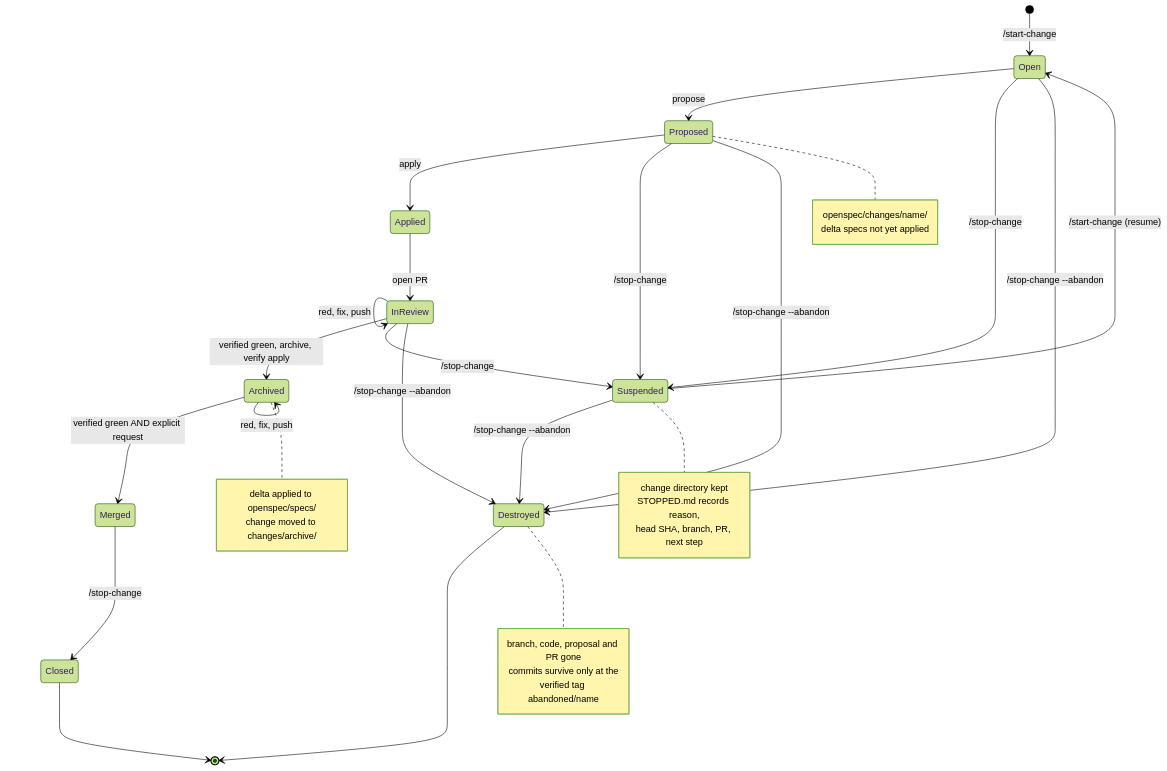
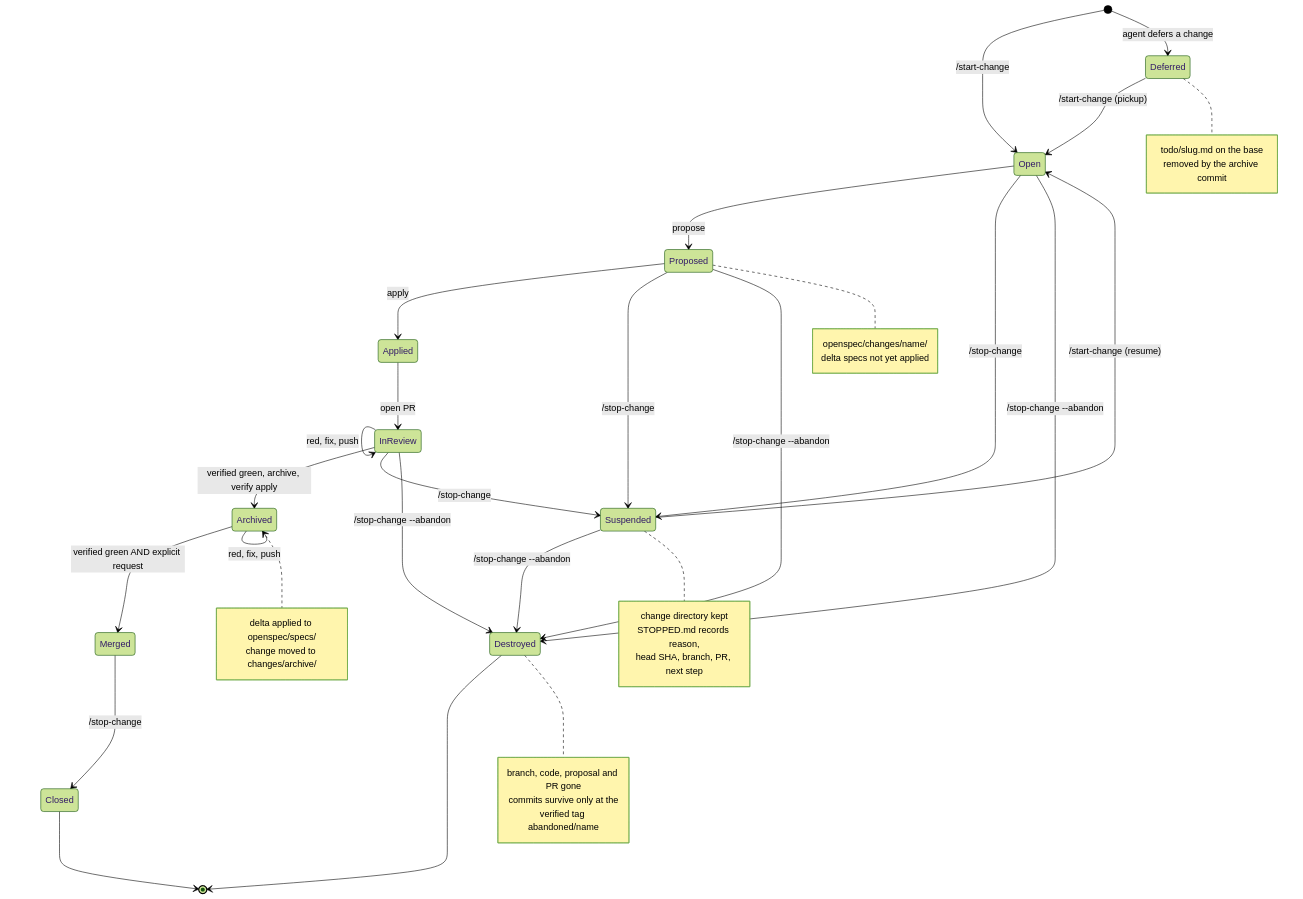
Before and after one commit to codecicada/openspec-flow: the sixth of 6 diagrams in docs/change-flow.md, drawn with Mermaid (forest theme). The commit also changed other lines of this file and 6 other files, not shown here.

````diff
--- a/docs/change-flow.md
+++ b/docs/change-flow.md
@@ -443,41 +484,48 @@
 ```mermaid
 stateDiagram-v2
   [*] --> Open: /start-change
+  [*] --> Deferred: agent defers a change
   Open --> Proposed: propose
   Suspended --> Open: /start-change (resume)
   Proposed --> Applied: apply
   Applied --> InReview: open PR
   InReview --> InReview: red, fix, push
   InReview --> Archived: verified green, archive, verify apply
   Archived --> Archived: red, fix, push
   Archived --> Merged: verified green AND explicit request
   Merged --> Closed: /stop-change
   Open --> Suspended: /stop-change
   Proposed --> Suspended: /stop-change
   InReview --> Suspended: /stop-change
   Open --> Destroyed: /stop-change --abandon
   Proposed --> Destroyed: /stop-change --abandon
   InReview --> Destroyed: /stop-change --abandon
   Suspended --> Destroyed: /stop-change --abandon
+  Deferred --> Open: /start-change (pickup)
   Closed --> [*]
   Destroyed --> [*]
+
+  note right of Deferred
+    todo/slug.md on the base
+    removed by the archive commit
+  end note
 
   note right of Proposed
     openspec/changes/name/
     delta specs not yet applied
   end note
   note right of Archived
     delta applied to openspec/specs/
     change moved to changes/archive/
   end note
   note right of Suspended
     change directory kept
     STOPPED.md records reason,
     head SHA, branch, PR, next step
   end note
   note right of Destroyed
     branch, code, proposal and PR gone
     commits survive only at the
     verified tag abandoned/name
   end note
 ```
````
